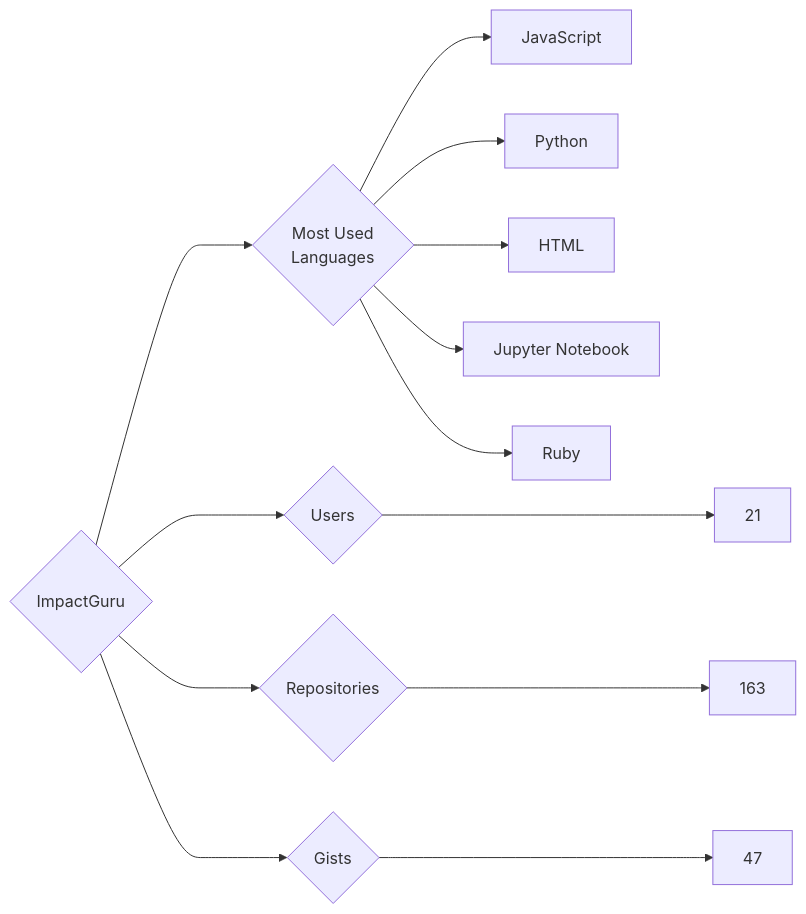
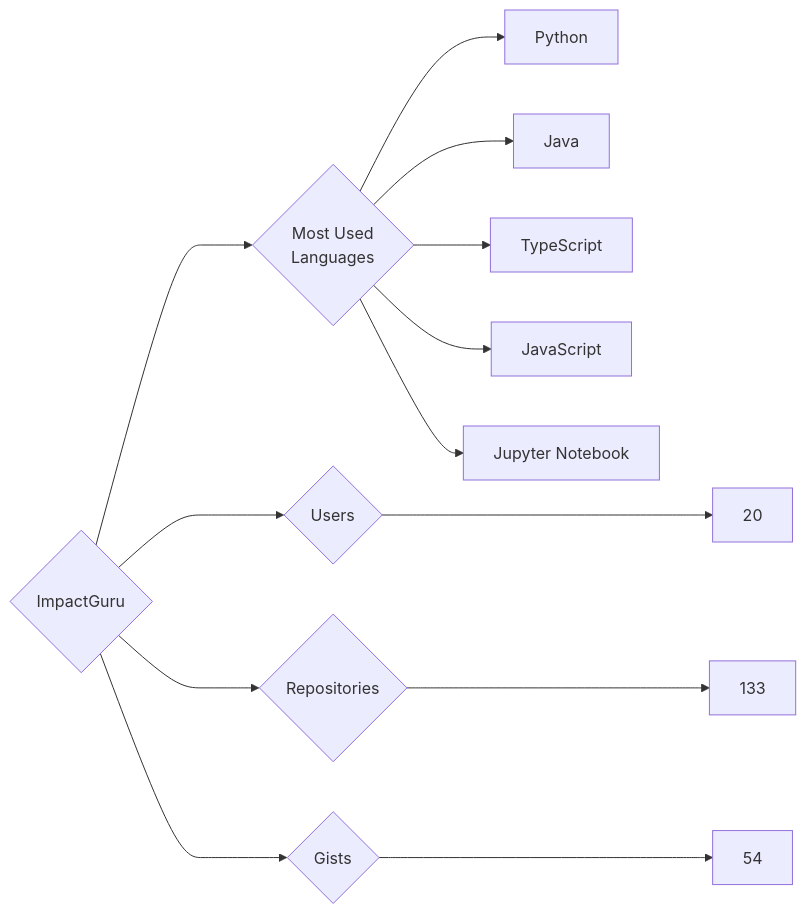
One commit to trickest/insiders changed the diagram in targets/ImpactGuru/README.md. Above: the diagram before and after it, drawn with Mermaid. The commit also changed 838 other files, not shown here.

````diff
--- a/targets/ImpactGuru/README.md
+++ b/targets/ImpactGuru/README.md
@@ -3,13 +3,13 @@
 ```mermaid
 graph LR
 COMPANY_NAME{ImpactGuru}
-COMPANY_NAME ---> U{Users} ---> UN[21]
-COMPANY_NAME ---> R{Repositories} ---> RN[163]
-COMPANY_NAME ---> G{Gists} ---> GN[47]
+COMPANY_NAME ---> U{Users} ---> UN[20]
+COMPANY_NAME ---> R{Repositories} ---> RN[133]
+COMPANY_NAME ---> G{Gists} ---> GN[54]
 COMPANY_NAME ---> ML{Most Used<br>Languages}
+ML --> Python[Python]
+ML --> Java[Java]
+ML --> TypeScript[TypeScript]
 ML --> JavaScript[JavaScript]
-ML --> Python[Python]
-ML --> HTML[HTML]
 ML --> Jupyter_Notebook[Jupyter Notebook]
-ML --> Ruby[Ruby]
 ```
````
